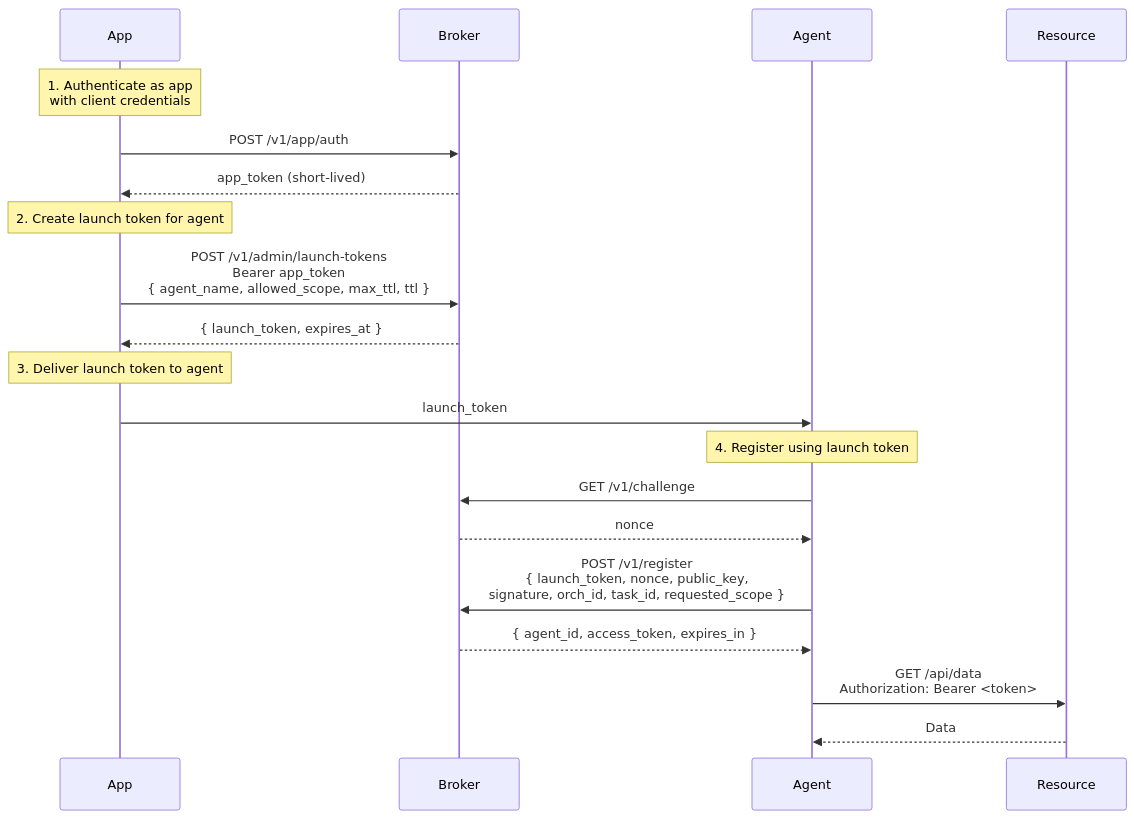
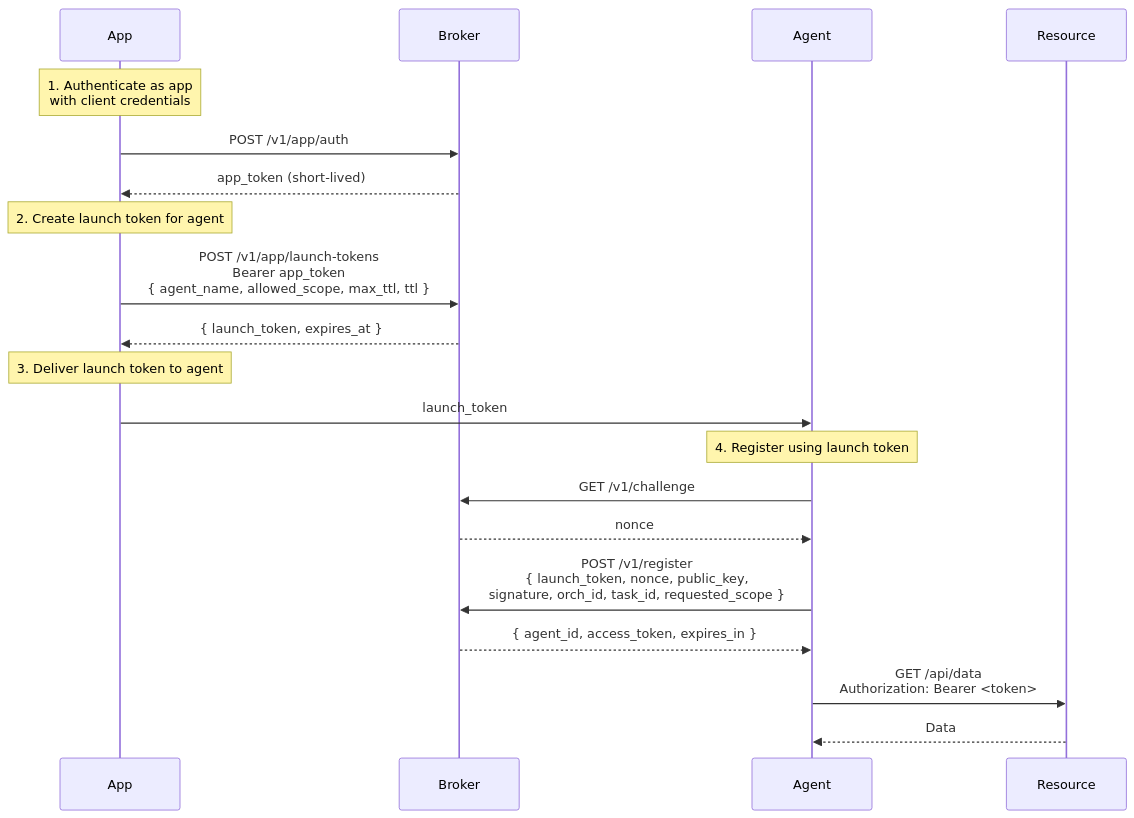
The sixth of 6 diagrams in docs/integration-patterns.md (devonartis/agentwrit), drawn with Mermaid before and after one commit. The commit also changed other lines of this file and 4 other files, not shown here.

First line of the commit message:
docs: add /v1/app/launch-tokens route and update all flow diagrams

````diff
--- a/docs/integration-patterns.md
+++ b/docs/integration-patterns.md
@@ -1716,33 +1716,33 @@
 ```mermaid
 sequenceDiagram
     participant App
     participant Broker
     participant Agent
     participant Resource
 
     Note over App: 1. Authenticate as app<br/>with client credentials
 
     App->>Broker: POST /v1/app/auth
     Broker-->>App: app_token (short-lived)
 
     Note over App: 2. Create launch token for agent
 
-    App->>Broker: POST /v1/admin/launch-tokens<br/>Bearer app_token<br/>{ agent_name, allowed_scope, max_ttl, ttl }
+    App->>Broker: POST /v1/app/launch-tokens<br/>Bearer app_token<br/>{ agent_name, allowed_scope, max_ttl, ttl }
 
     Broker-->>App: { launch_token, expires_at }
 
     Note over App: 3. Deliver launch token to agent
 
     App->>Agent: launch_token
 
     Note over Agent: 4. Register using launch token
 
     Agent->>Broker: GET /v1/challenge
     Broker-->>Agent: nonce
 
     Agent->>Broker: POST /v1/register<br/>{ launch_token, nonce, public_key,<br/>signature, orch_id, task_id, requested_scope }
     Broker-->>Agent: { agent_id, access_token, expires_in }
 
     Agent->>Resource: GET /api/data<br/>Authorization: Bearer <token>
     Resource-->>Agent: Data
 ```
````
